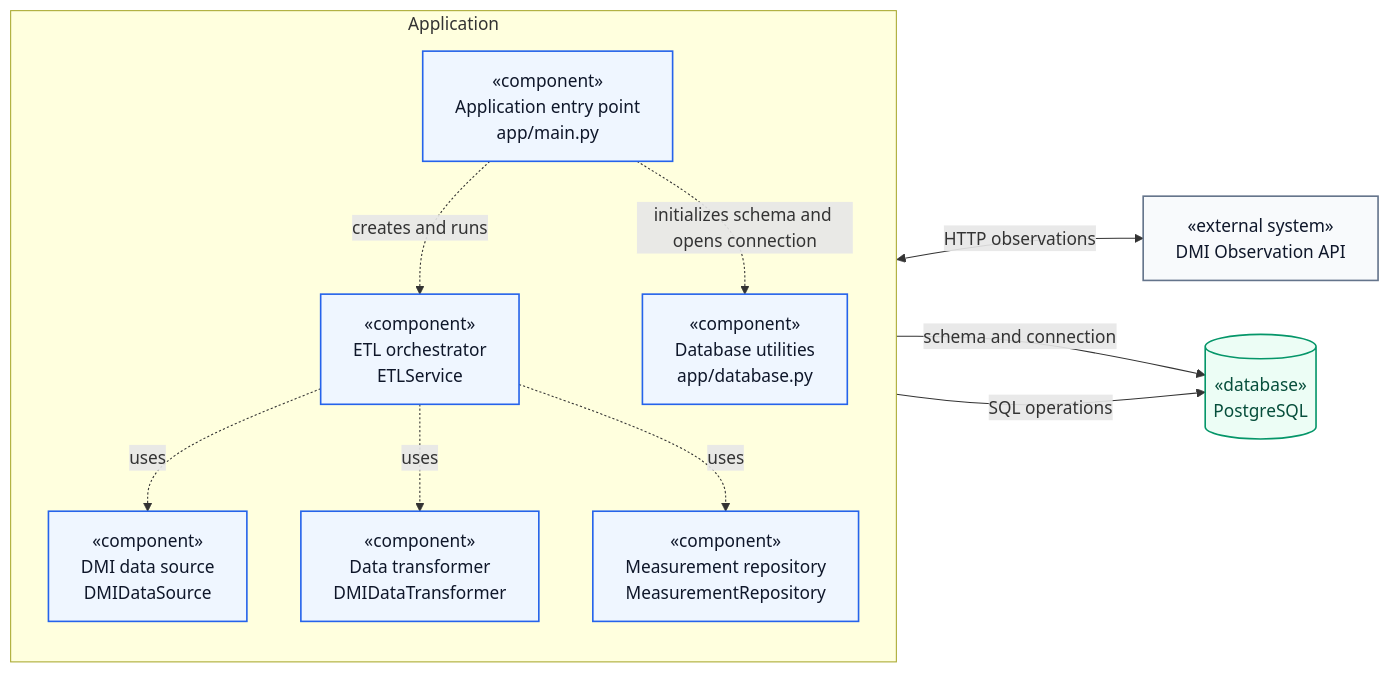
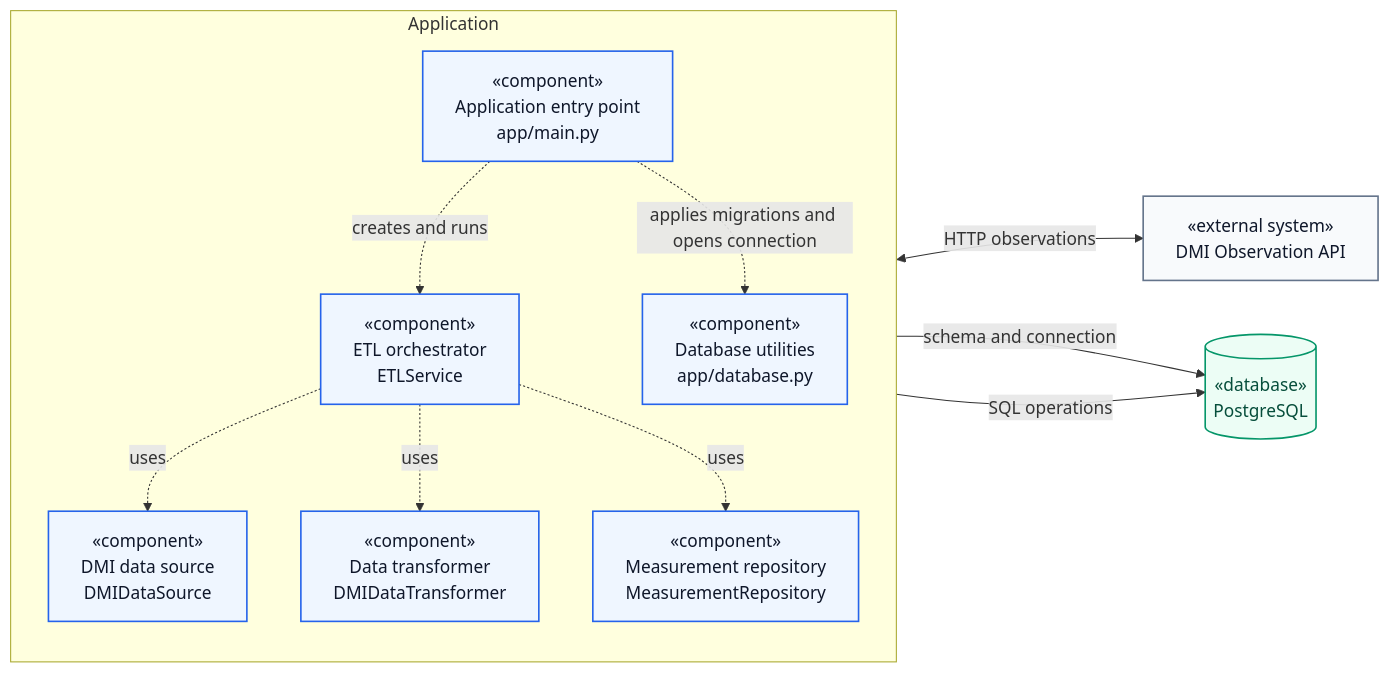
One commit to mielouise/environment_data_project changed the first of 4 diagrams in README.md. Above: the diagram before and after it, drawn with Mermaid. The commit also changed other lines of this file and 3 other files, not shown here.

````diff
--- a/README.md
+++ b/README.md
@@ -53,32 +53,32 @@
 ```mermaid
 flowchart LR
     subgraph Application["Application"]
         direction TB
         Main["«component»<br/>Application entry point<br/>app/main.py"]
         ETL["«component»<br/>ETL orchestrator<br/>ETLService"]
         Source["«component»<br/>DMI data source<br/>DMIDataSource"]
         Transformer["«component»<br/>Data transformer<br/>DMIDataTransformer"]
         Repository["«component»<br/>Measurement repository<br/>MeasurementRepository"]
         Database["«component»<br/>Database utilities<br/>app/database.py"]
     end
 
     DMI["«external system»<br/>DMI Observation API"]
     PostgreSQL[("«database»<br/>PostgreSQL")]
 
     Main -.->|creates and runs| ETL
     ETL -.->|uses| Source
     ETL -.->|uses| Transformer
     ETL -.->|uses| Repository
     Source <-->|HTTP observations| DMI
-    Main -.->|initializes schema and opens connection| Database
+    Main -.->|applies migrations and opens connection| Database
     Database -->|schema and connection| PostgreSQL
     Repository -->|SQL operations| PostgreSQL
 
     classDef application fill:#eff6ff,stroke:#2563eb,color:#0f172a,stroke-width:1.5px
     classDef external fill:#f8fafc,stroke:#64748b,color:#0f172a,stroke-width:1.5px
     classDef datastore fill:#ecfdf5,stroke:#059669,color:#064e3b,stroke-width:1.5px
 
     class Main,ETL,Source,Transformer,Repository,Database application
     class DMI external
     class PostgreSQL datastore
 ```
````
